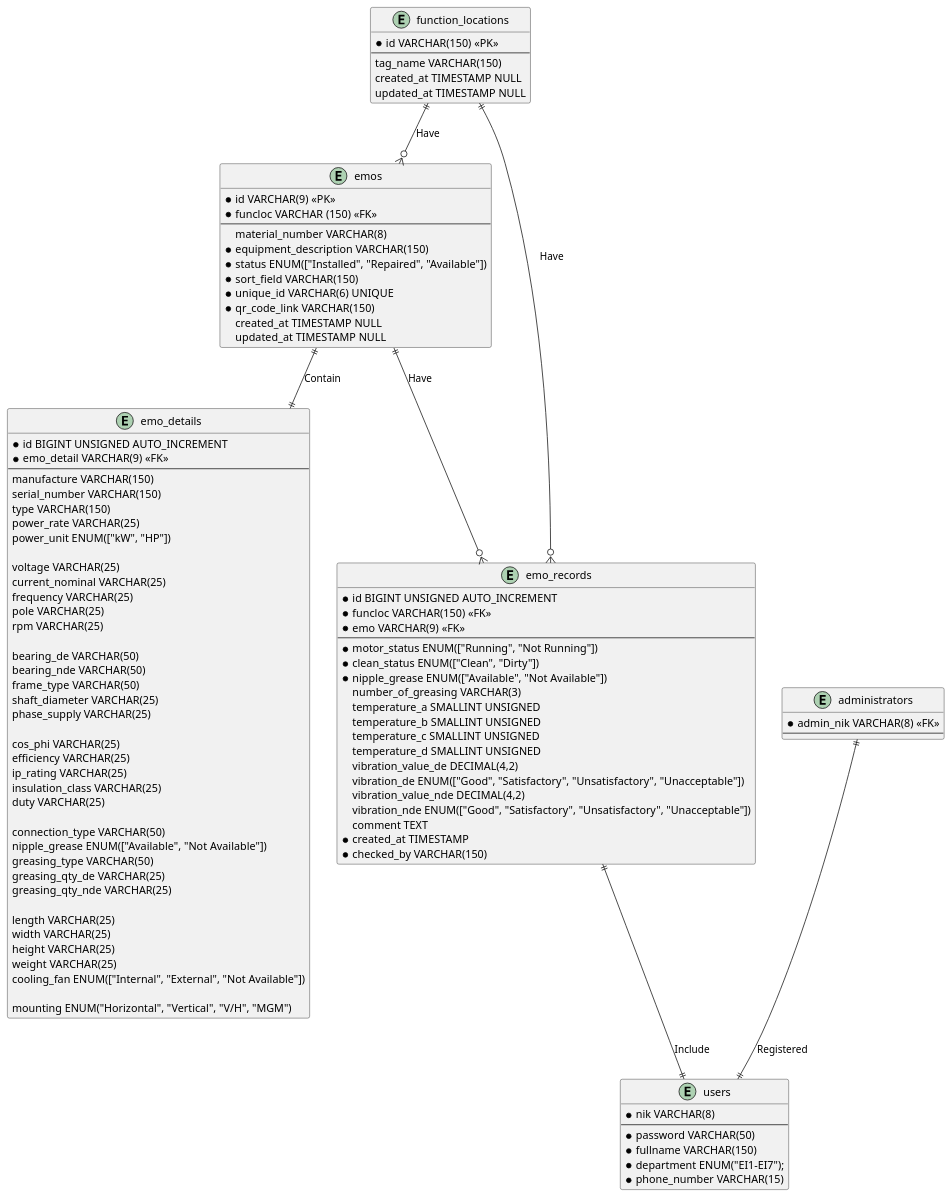
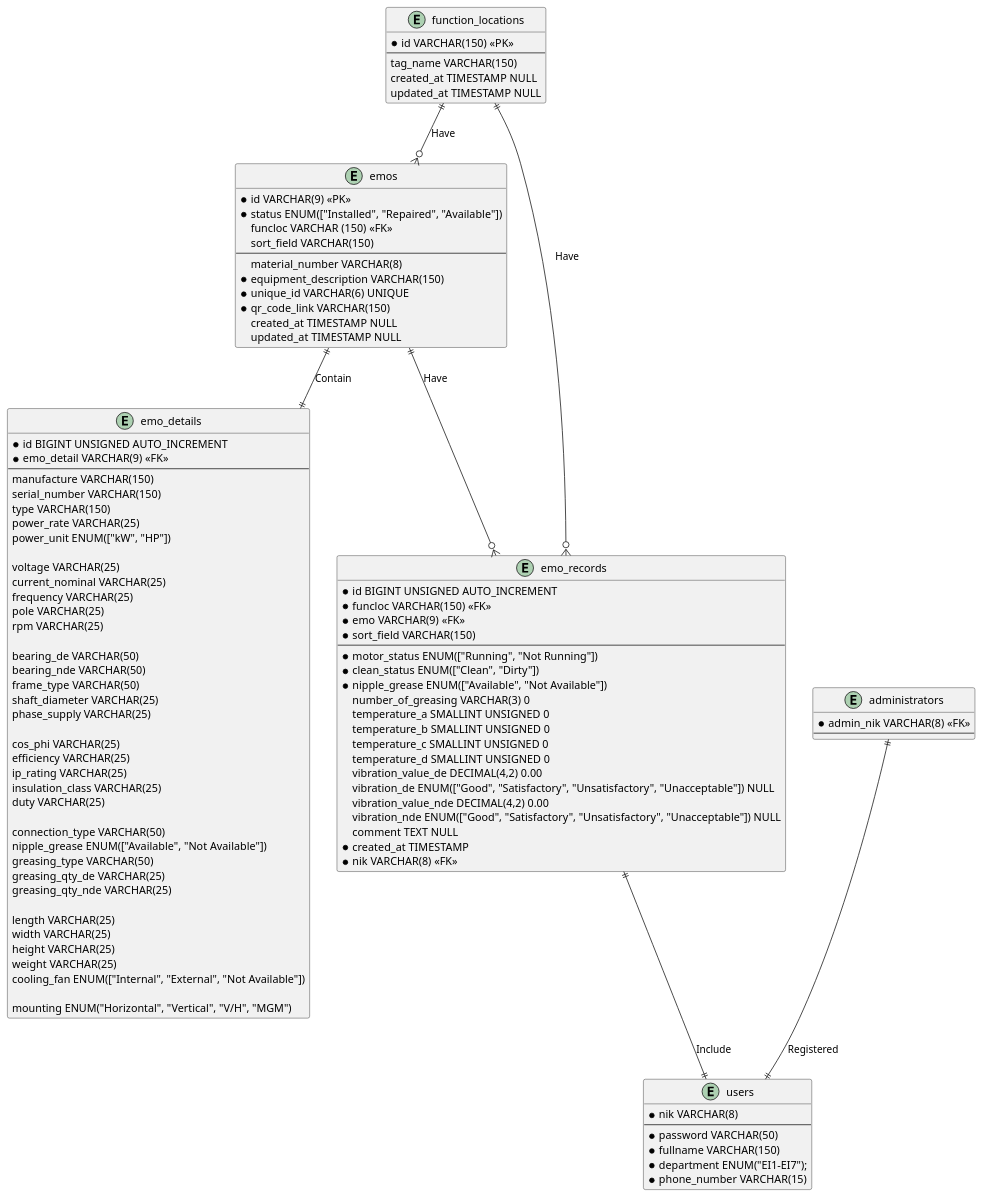
The diagram in database/fajar_e_maintenance.puml (doniduaasattuu/fajar-e-maintenance), drawn with PlantUML before and after one commit. The commit also changed 15 other files, not shown here.

Commit message:
create trends based on sort_field

```diff
--- a/database/fajar_e_maintenance.puml
+++ b/database/fajar_e_maintenance.puml
@@ -1,114 +1,115 @@
 @startuml fajar_e_maintenance
 
 entity function_locations
 {
     * id VARCHAR(150) <<PK>>
     --
       tag_name VARCHAR(150)
       created_at TIMESTAMP NULL
       updated_at TIMESTAMP NULL
 }
 
 entity emos
 {
     * id VARCHAR(9) <<PK>>
-    * funcloc VARCHAR (150) <<FK>>
+    * status ENUM(["Installed", "Repaired", "Available"])
+      funcloc VARCHAR (150) <<FK>>
+      sort_field VARCHAR(150)
     --
       material_number VARCHAR(8)
     * equipment_description VARCHAR(150)
-    * status ENUM(["Installed", "Repaired", "Available"])
-    * sort_field VARCHAR(150)
     * unique_id VARCHAR(6) UNIQUE
     * qr_code_link VARCHAR(150) 
       created_at TIMESTAMP NULL
       updated_at TIMESTAMP NULL
 }
 
 entity emo_details {
     * id BIGINT UNSIGNED AUTO_INCREMENT
     * emo_detail VARCHAR(9) <<FK>>
     --
     manufacture VARCHAR(150)
     serial_number VARCHAR(150)
     type VARCHAR(150)
     power_rate VARCHAR(25)
     power_unit ENUM(["kW", "HP"])
 
     voltage VARCHAR(25)
     current_nominal VARCHAR(25)
     frequency VARCHAR(25)
     pole VARCHAR(25)
     rpm VARCHAR(25)
 
     bearing_de VARCHAR(50)
     bearing_nde VARCHAR(50)
     frame_type VARCHAR(50)
     shaft_diameter VARCHAR(25)
     phase_supply VARCHAR(25)
 
     cos_phi VARCHAR(25)
     efficiency VARCHAR(25)
     ip_rating VARCHAR(25)
     insulation_class VARCHAR(25)
     duty VARCHAR(25)
 
     connection_type VARCHAR(50)
     nipple_grease ENUM(["Available", "Not Available"])
     greasing_type VARCHAR(50)
     greasing_qty_de VARCHAR(25)
     greasing_qty_nde VARCHAR(25)
 
     length VARCHAR(25)
     width VARCHAR(25)
     height VARCHAR(25)
     weight VARCHAR(25)
     cooling_fan ENUM(["Internal", "External", "Not Available"])
 
     mounting ENUM("Horizontal", "Vertical", "V/H", "MGM")
 }
 
 entity emo_records {
     * id BIGINT UNSIGNED AUTO_INCREMENT
     * funcloc VARCHAR(150) <<FK>>
     * emo VARCHAR(9) <<FK>>
+    * sort_field VARCHAR(150)
     --
     * motor_status ENUM(["Running", "Not Running"])
     * clean_status ENUM(["Clean", "Dirty"])
     * nipple_grease ENUM(["Available", "Not Available"])
-      number_of_greasing VARCHAR(3)
-      temperature_a SMALLINT UNSIGNED
-      temperature_b SMALLINT UNSIGNED
-      temperature_c SMALLINT UNSIGNED
-      temperature_d SMALLINT UNSIGNED
-      vibration_value_de DECIMAL(4,2)
-      vibration_de ENUM(["Good", "Satisfactory", "Unsatisfactory", "Unacceptable"])
-      vibration_value_nde DECIMAL(4,2)
-      vibration_nde ENUM(["Good", "Satisfactory", "Unsatisfactory", "Unacceptable"])
-      comment TEXT
+      number_of_greasing VARCHAR(3) 0
+      temperature_a SMALLINT UNSIGNED 0
+      temperature_b SMALLINT UNSIGNED 0
+      temperature_c SMALLINT UNSIGNED 0
+      temperature_d SMALLINT UNSIGNED 0
+      vibration_value_de DECIMAL(4,2) 0.00
+      vibration_de ENUM(["Good", "Satisfactory", "Unsatisfactory", "Unacceptable"]) NULL
+      vibration_value_nde DECIMAL(4,2) 0.00
+      vibration_nde ENUM(["Good", "Satisfactory", "Unsatisfactory", "Unacceptable"]) NULL
+      comment TEXT NULL
     * created_at TIMESTAMP
-    * checked_by VARCHAR(150)
+    * nik VARCHAR(8) <<FK>>
 }
 
 entity users {
     * nik VARCHAR(8)
     --
     * password VARCHAR(50)
     * fullname VARCHAR(150)
     * department ENUM("EI1-EI7");
     * phone_number VARCHAR(15)
 }
 
 entity administrators {
     * admin_nik VARCHAR(8) <<FK>>
     --
 }
  
 function_locations ||--o{ emos : Have
 function_locations ||--o{ emo_records : Have
 emos ||--o{ emo_records : Have
 emos ||--|| emo_details : Contain
 emo_records ||--|| users : Include
 administrators ||--|| users : Registered
 
 
 @enduml
```
